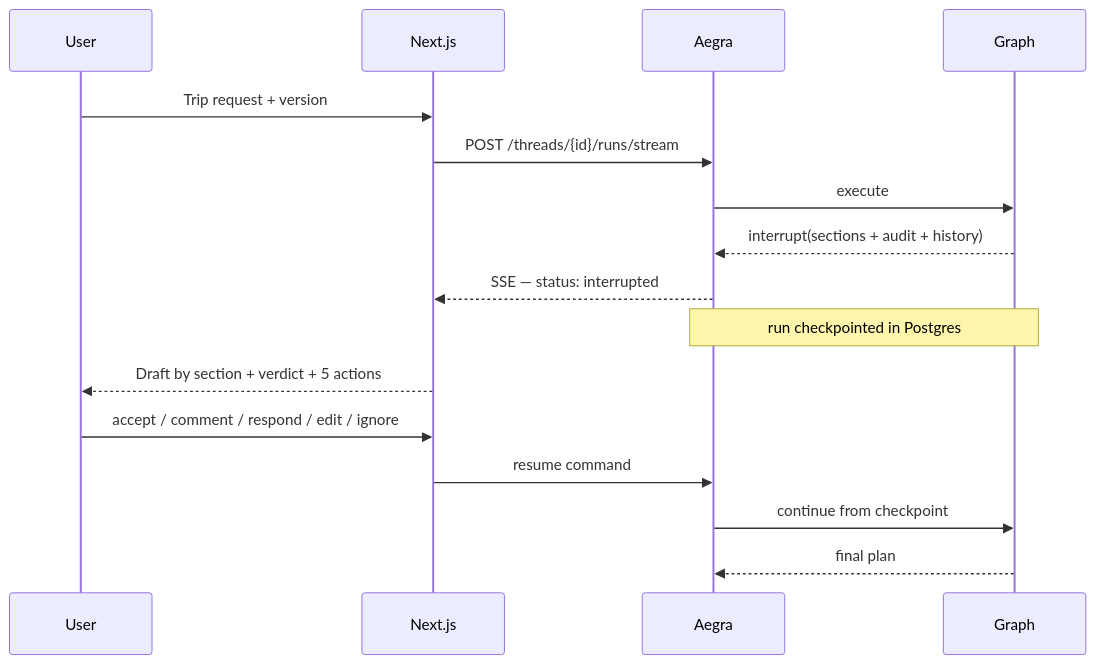
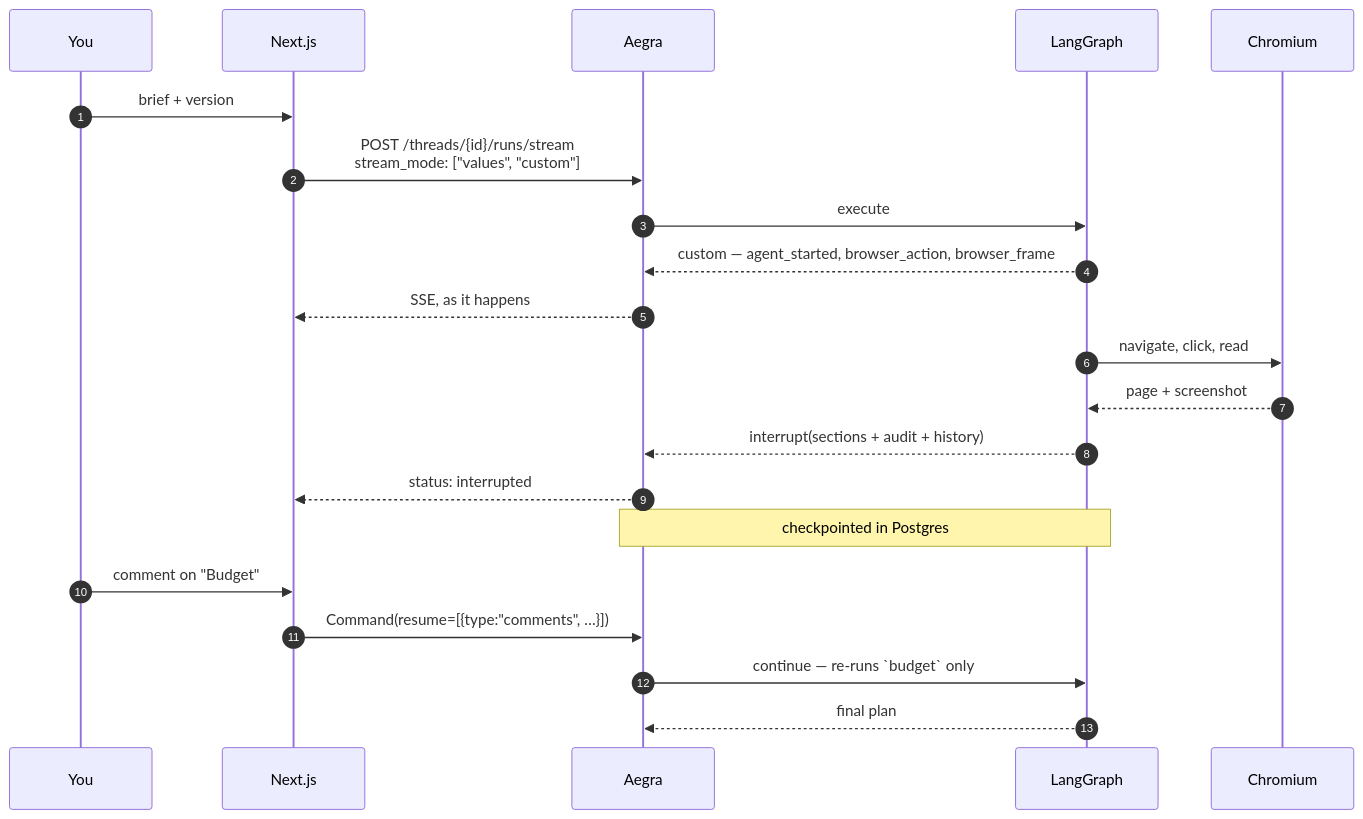
Before and after one commit to adarshcod30/Travel-Planner-Agent: the second of 2 diagrams in README.md, drawn with Mermaid. The commit also changed other lines of this file and 4 other files, not shown here.

````diff
--- a/README.md
+++ b/README.md
@@ -138,18 +187,26 @@
 ```mermaid
 sequenceDiagram
-    participant U as User
+    autonumber
+    participant U as You
     participant UI as Next.js
     participant A as Aegra
-    participant G as Graph
-    U->>UI: Trip request + version
-    UI->>A: POST /threads/{id}/runs/stream
+    participant G as LangGraph
+    participant B as Chromium
+
+    U->>UI: brief + version
+    UI->>A: POST /threads/{id}/runs/stream<br/>stream_mode: ["values", "custom"]
     A->>G: execute
+
+    G-->>A: custom — agent_started, browser_action, browser_frame
+    A-->>UI: SSE, as it happens
+    G->>B: navigate, click, read
+    B-->>G: page + screenshot
+
     G-->>A: interrupt(sections + audit + history)
-    A-->>UI: SSE — status: interrupted
-    Note over A,G: run checkpointed in Postgres
-    UI-->>U: Draft by section + verdict + 5 actions
-    U->>UI: accept / comment / respond / edit / ignore
-    UI->>A: resume command
-    A->>G: continue from checkpoint
+    A-->>UI: status: interrupted
+    Note over A,G: checkpointed in Postgres
+    U->>UI: comment on "Budget"
+    UI->>A: Command(resume=[{type:"comments", …}])
+    A->>G: continue — re-runs `budget` only
     G-->>A: final plan
 ```
````
